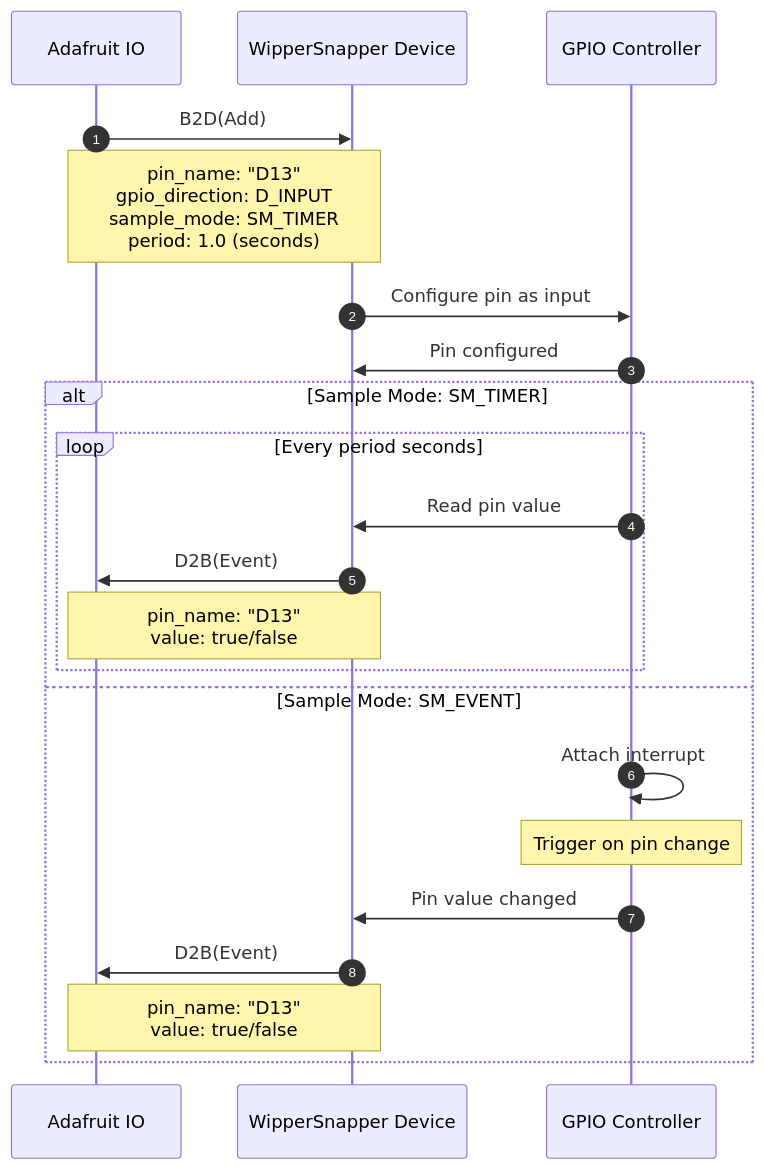
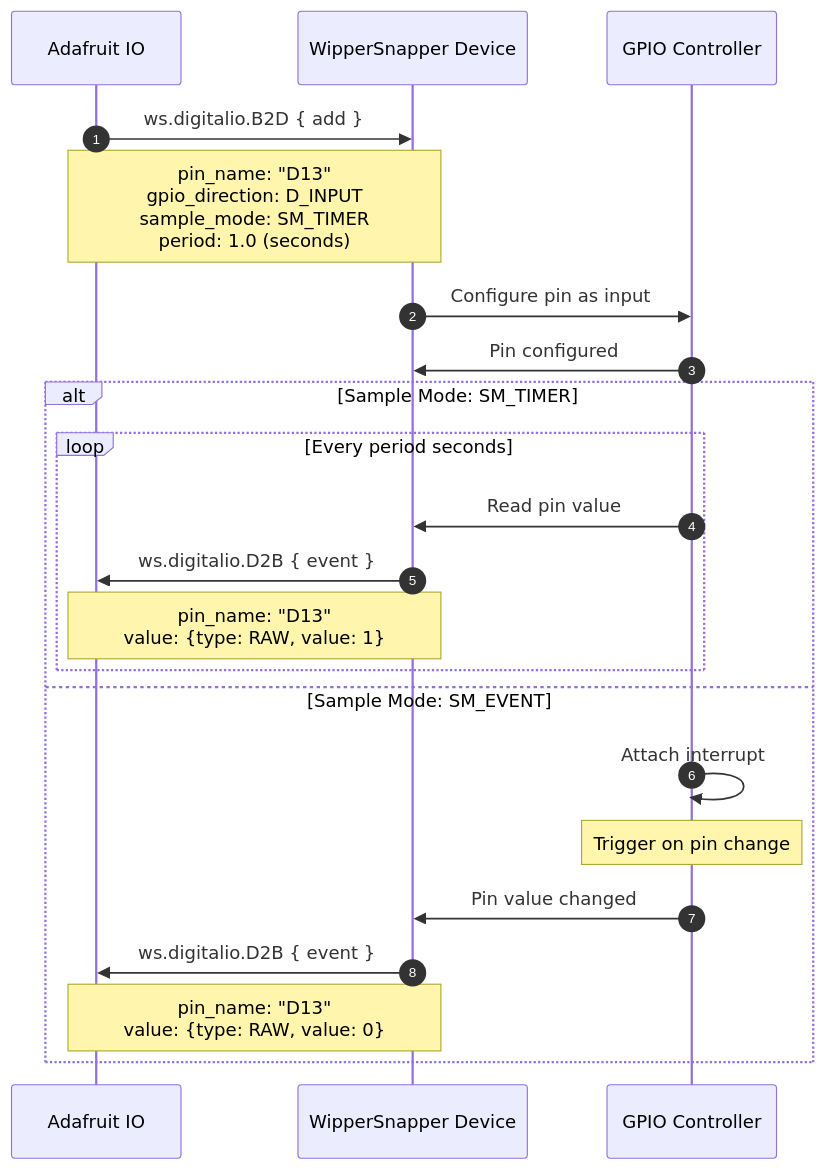
Before and after one commit to adafruit/Wippersnapper_Protobuf: the first of 4 diagrams in proto/wippersnapper/docs/digitalio.md, drawn with Mermaid. The commit also changed other lines of this file and 10 other files, not shown here.

````diff
--- a/proto/wippersnapper/docs/digitalio.md
+++ b/proto/wippersnapper/docs/digitalio.md
@@ -48,27 +57,27 @@
 ```mermaid
 sequenceDiagram
 autonumber
 participant IO as Adafruit IO
 participant Device as WipperSnapper Device
 participant GPIO as GPIO Controller
 
-IO->>Device: B2D(Add)
+IO->>Device: ws.digitalio.B2D { add }
 Note over IO,Device: pin_name: "D13"<br/>gpio_direction: D_INPUT<br/>sample_mode: SM_TIMER<br/>period: 1.0 (seconds)
 
 Device->>GPIO: Configure pin as input
 GPIO->>Device: Pin configured
 
 alt Sample Mode: SM_TIMER
     loop Every period seconds
         GPIO->>Device: Read pin value
-        Device->>IO: D2B(Event)
-        Note over Device,IO: pin_name: "D13"<br/>value: true/false
+        Device->>IO: ws.digitalio.D2B { event }
+        Note over Device,IO: pin_name: "D13"<br/>value: {type: RAW, value: 1}
     end
 else Sample Mode: SM_EVENT
     GPIO->>GPIO: Attach interrupt
     Note over GPIO: Trigger on pin change
     GPIO->>Device: Pin value changed
-    Device->>IO: D2B(Event)
-    Note over Device,IO: pin_name: "D13"<br/>value: true/false
+    Device->>IO: ws.digitalio.D2B { event }
+    Note over Device,IO: pin_name: "D13"<br/>value: {type: RAW, value: 0}
 end
 ```
````
